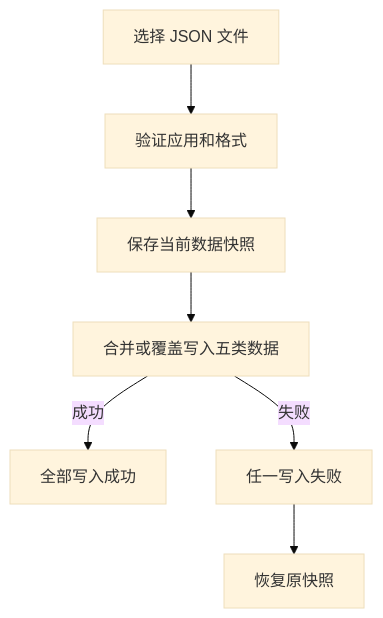
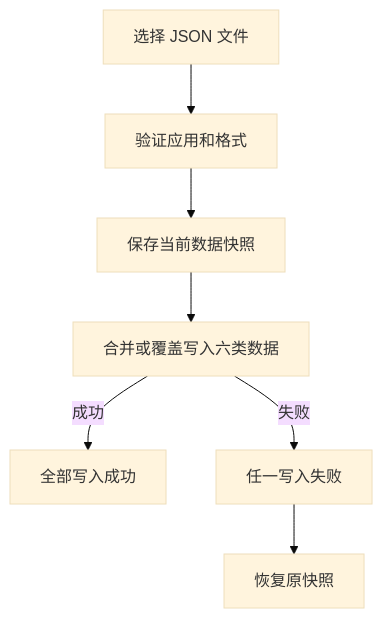
One commit to shihg7/wechat_mini_program changed the eighth of 8 diagrams in docs/USER_GUIDE.md. Above: the diagram before and after it, drawn with Mermaid (base theme). The commit also changed other lines of this file and 47 other files, not shown here.

````diff
--- a/docs/USER_GUIDE.md
+++ b/docs/USER_GUIDE.md
@@ -440,16 +548,16 @@
 ```mermaid
 flowchart TD
     A["选择 JSON 文件"]
     B["验证应用和格式"]
     C["保存当前数据快照"]
-    D["合并或覆盖写入五类数据"]
+    D["合并或覆盖写入六类数据"]
     E["全部写入成功"]
     F["任一写入失败"]
     G["恢复原快照"]
     A --> B
     B --> C
     C --> D
     D -->|成功| E
     D -->|失败| F
     F --> G
 ```
````
